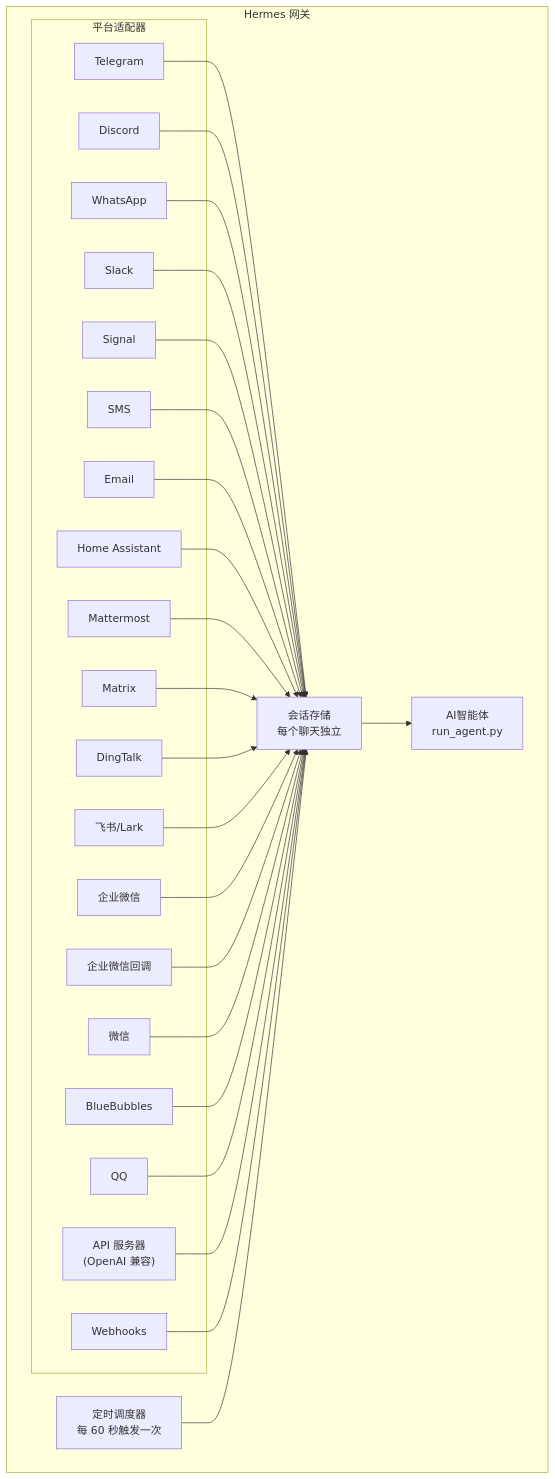
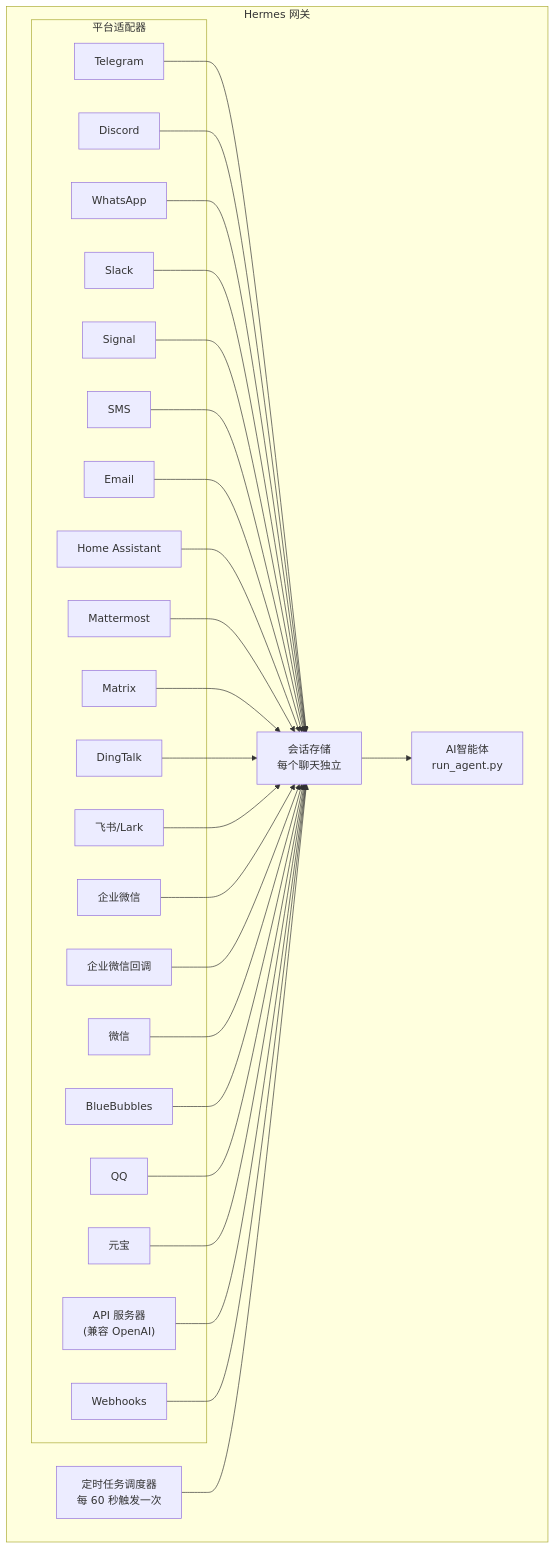
One commit to renxia/hermes-agent-docs changed the diagram in i18n/zh-CN/docusaurus-plugin-content-docs/current/user-guide/messaging/index.md. Above: the diagram before and after it, drawn with Mermaid. The commit also changed other lines of this file and 79 other files, not shown here.

````diff
--- a/i18n/zh-CN/docusaurus-plugin-content-docs/current/user-guide/messaging/index.md
+++ b/i18n/zh-CN/docusaurus-plugin-content-docs/current/user-guide/messaging/index.md
@@ -39,52 +40,54 @@
 ```mermaid
 flowchart TB
     subgraph Gateway["Hermes 网关"]
         subgraph Adapters["平台适配器"]
             tg[Telegram]
             dc[Discord]
             wa[WhatsApp]
             sl[Slack]
             sig[Signal]
             sms[SMS]
             em[Email]
             ha[Home Assistant]
             mm[Mattermost]
             mx[Matrix]
             dt[DingTalk]
-    fs[飞书/Lark]
-    wc[企业微信]
-    wcb[企业微信回调]
-    wx[微信]
-    bb[BlueBubbles]
-    qq[QQ]
-            api["API 服务器<br/>(OpenAI 兼容)"]
+            fs[飞书/Lark]
+            wc[企业微信]
+            wcb[企业微信回调]
+            wx[微信]
+            bb[BlueBubbles]
+            qq[QQ]
+            yb[元宝]
+            api["API 服务器<br/>(兼容 OpenAI)"]
             wh[Webhooks]
         end
 
         store["会话存储<br/>每个聊天独立"]
         agent["AI智能体<br/>run_agent.py"]
-        cron["定时调度器<br/>每 60 秒触发一次"]
+        cron["定时任务调度器<br/>每 60 秒触发一次"]
     end
 
     tg --> store
     dc --> store
     wa --> store
     sl --> store
     sig --> store
     sms --> store
     em --> store
     ha --> store
     mm --> store
     mx --> store
     dt --> store
     fs --> store
     wc --> store
     wcb --> store
     wx --> store
     bb --> store
     qq --> store
+    yb --> store
     api --> store
     wh --> store
     store --> agent
     cron --> store
 ```
````
